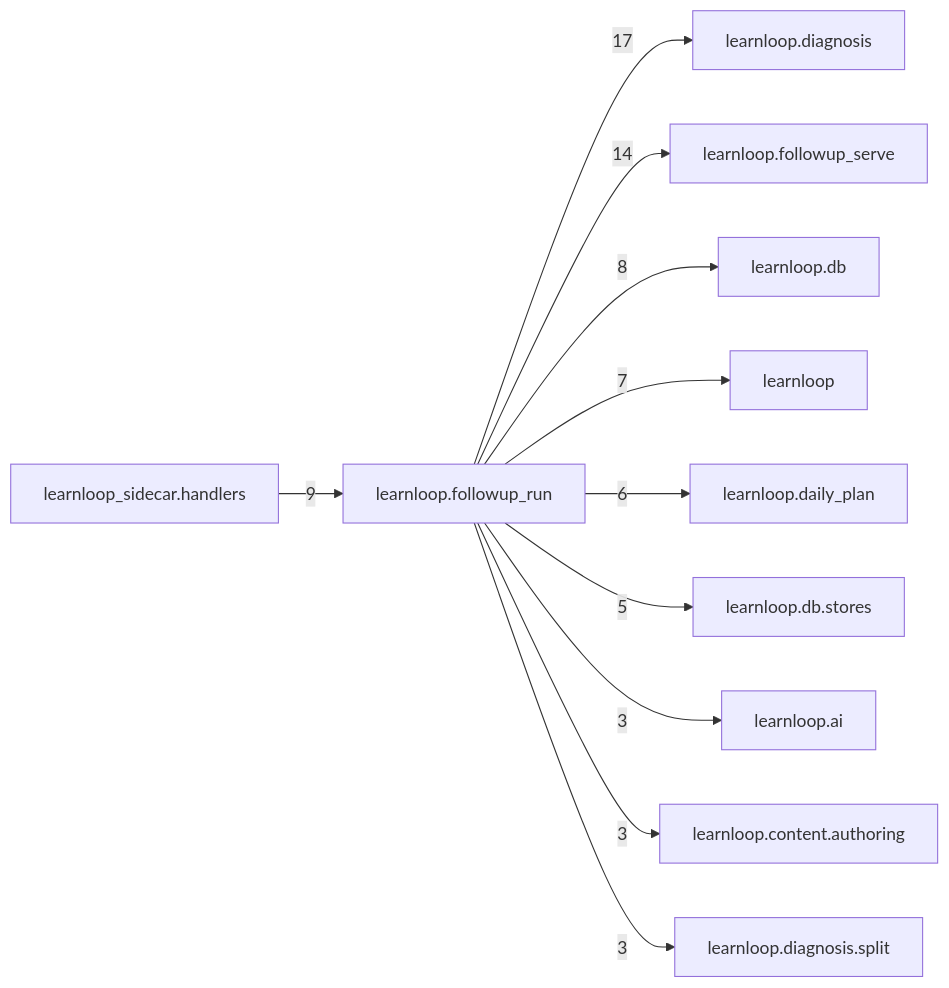
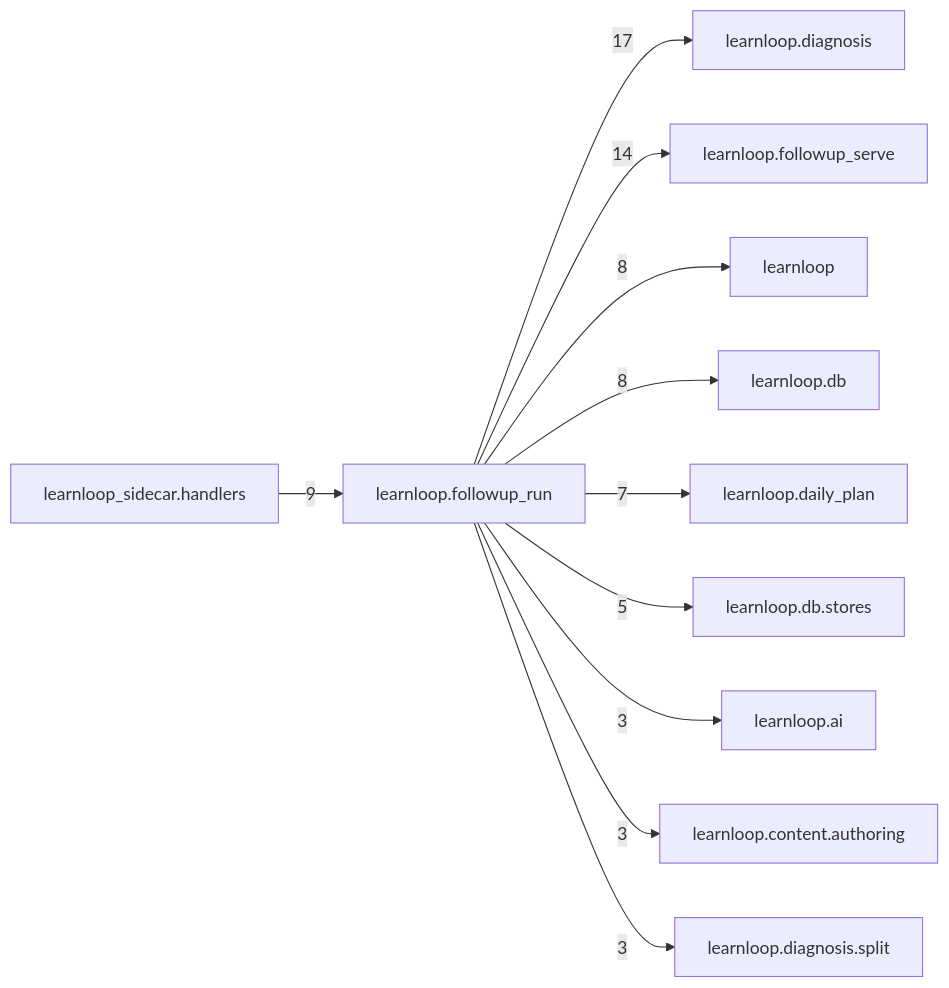
One commit to 6up-b/learnanything changed the diagram in docs/learnloop-architecture-vault/Reference/Modules/learnloop/followup_run/_package.md. Above: the diagram before and after it, drawn with Mermaid. The commit also changed other lines of this file and 520 other files, not shown here.

````diff
--- a/docs/learnloop-architecture-vault/Reference/Modules/learnloop/followup_run/_package.md
+++ b/docs/learnloop-architecture-vault/Reference/Modules/learnloop/followup_run/_package.md
@@ -97,24 +97,24 @@
 ```mermaid
 flowchart LR
     center["learnloop.followup_run"]
     n_learnloop_diagnosis["learnloop.diagnosis"]
     n_learnloop_followup_serve["learnloop.followup_serve"]
     n_learnloop_sidecar_handlers["learnloop_sidecar.handlers"]
+    n_learnloop["learnloop"]
     n_learnloop_db["learnloop.db"]
-    n_learnloop["learnloop"]
     n_learnloop_daily_plan["learnloop.daily_plan"]
     n_learnloop_db_stores["learnloop.db.stores"]
     n_learnloop_ai["learnloop.ai"]
     n_learnloop_content_authoring["learnloop.content.authoring"]
     n_learnloop_diagnosis_split["learnloop.diagnosis.split"]
     center -->|17| n_learnloop_diagnosis
     center -->|14| n_learnloop_followup_serve
     n_learnloop_sidecar_handlers -->|9| center
+    center -->|8| n_learnloop
     center -->|8| n_learnloop_db
-    center -->|7| n_learnloop
-    center -->|6| n_learnloop_daily_plan
+    center -->|7| n_learnloop_daily_plan
     center -->|5| n_learnloop_db_stores
     center -->|3| n_learnloop_ai
     center -->|3| n_learnloop_content_authoring
     center -->|3| n_learnloop_diagnosis_split
 ```
````
